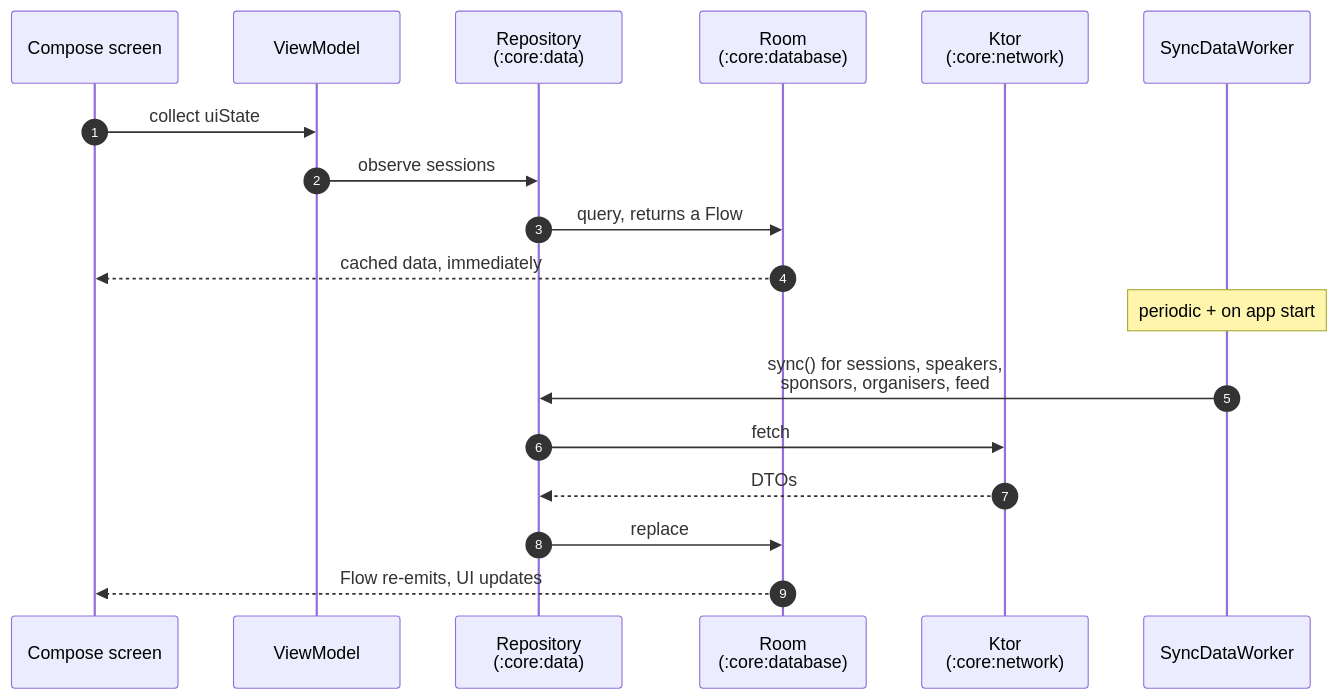
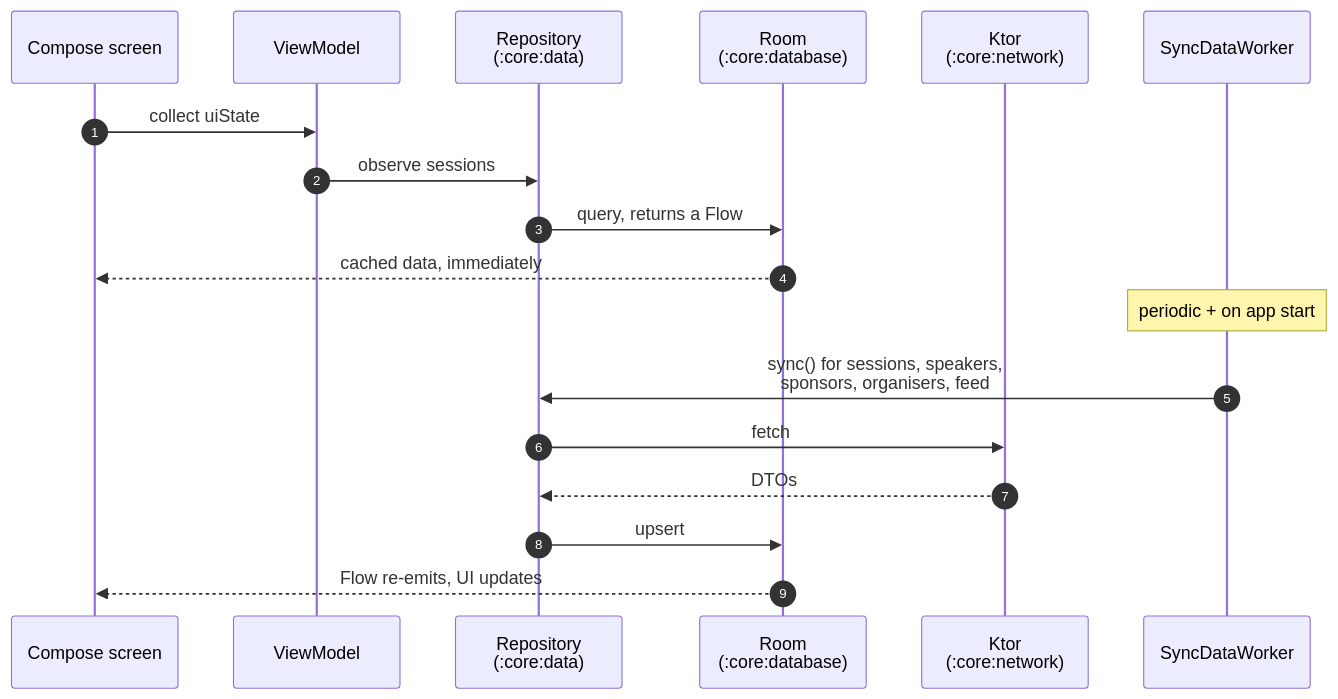
The second of 2 diagrams in README.md (droidconKE/droidconKeKotlin), drawn with Mermaid before and after one commit. The commit also changed 28 other files, not shown here.

````diff
--- a/README.md
+++ b/README.md
@@ -157,22 +157,22 @@
 ```mermaid
 sequenceDiagram
     autonumber
     participant UI as Compose screen
     participant VM as ViewModel
     participant Repo as Repository<br/>(:core:data)
     participant Room as Room<br/>(:core:database)
     participant Ktor as Ktor<br/>(:core:network)
     participant Work as SyncDataWorker
 
     UI->>VM: collect uiState
     VM->>Repo: observe sessions
     Repo->>Room: query, returns a Flow
     Room-->>UI: cached data, immediately
 
     Note over Work: periodic + on app start
     Work->>Repo: sync() for sessions, speakers,<br/>sponsors, organisers, feed
     Repo->>Ktor: fetch
     Ktor-->>Repo: DTOs
-    Repo->>Room: replace
+    Repo->>Room: upsert
     Room-->>UI: Flow re-emits, UI updates
 ```
````
